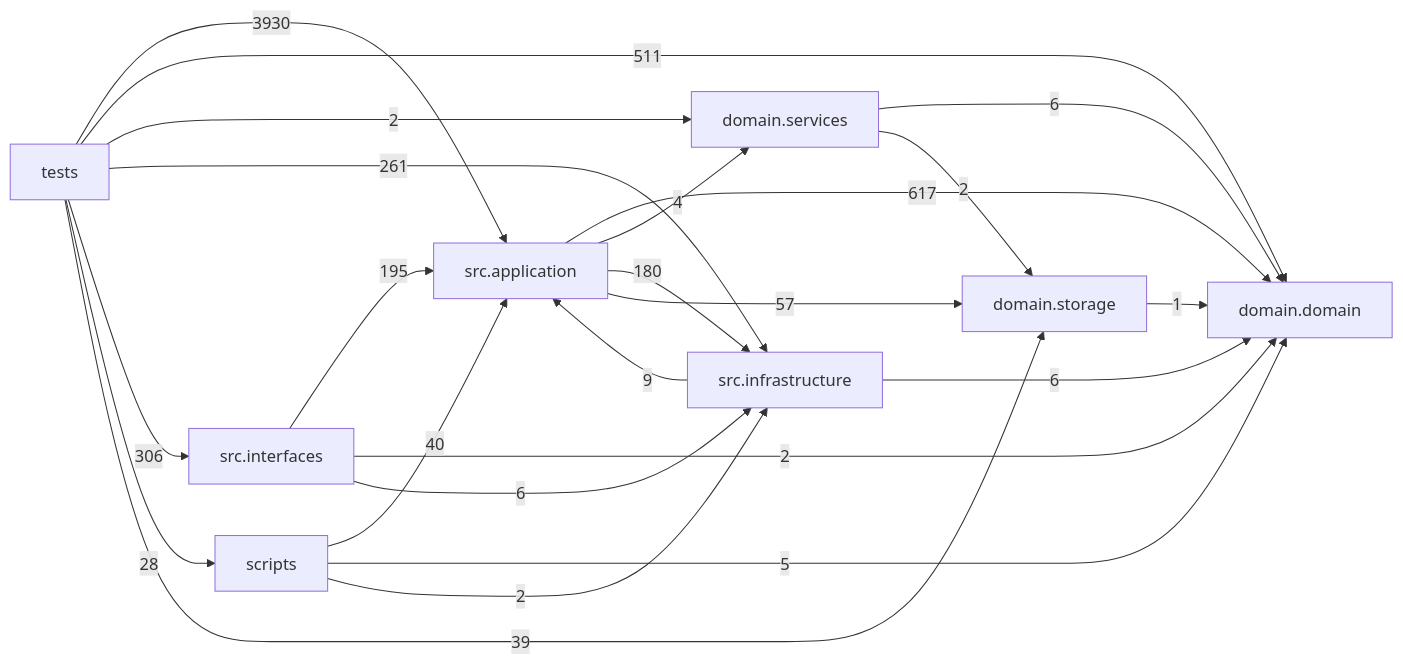
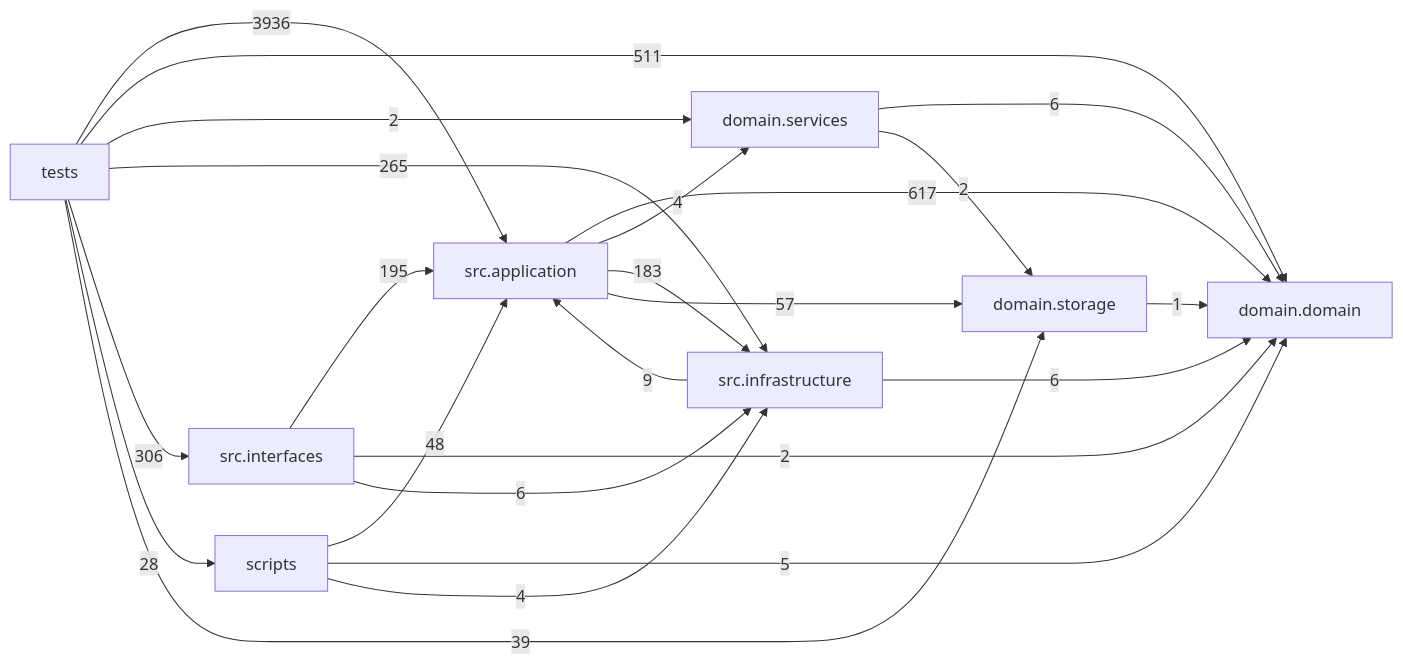
Before and after one commit to liuxie066/options-monitor: the diagram in docs/DEPENDENCY_GRAPH.md, drawn with Mermaid. The commit also changed other lines of this file and 17 other files, not shown here.

````diff
--- a/docs/DEPENDENCY_GRAPH.md
+++ b/docs/DEPENDENCY_GRAPH.md
@@ -24,33 +24,33 @@
 ```mermaid
 flowchart LR
   tests["tests"]
   scripts["scripts"]
   interfaces["src.interfaces"]
   application["src.application"]
   infrastructure["src.infrastructure"]
   domain_services["domain.services"]
   domain["domain.domain"]
   storage["domain.storage"]
   application -->|617| domain
   application -->|4| domain_services
-  application -->|180| infrastructure
+  application -->|183| infrastructure
   application -->|57| storage
   domain_services -->|6| domain
   domain_services -->|2| storage
   infrastructure -->|9| application
   infrastructure -->|6| domain
   interfaces -->|195| application
   interfaces -->|2| domain
   interfaces -->|6| infrastructure
-  scripts -->|40| application
+  scripts -->|48| application
   scripts -->|5| domain
-  scripts -->|2| infrastructure
+  scripts -->|4| infrastructure
   storage -->|1| domain
-  tests -->|3930| application
+  tests -->|3936| application
   tests -->|511| domain
   tests -->|2| domain_services
-  tests -->|261| infrastructure
+  tests -->|265| infrastructure
   tests -->|306| interfaces
   tests -->|28| scripts
   tests -->|39| storage
 ```
````
